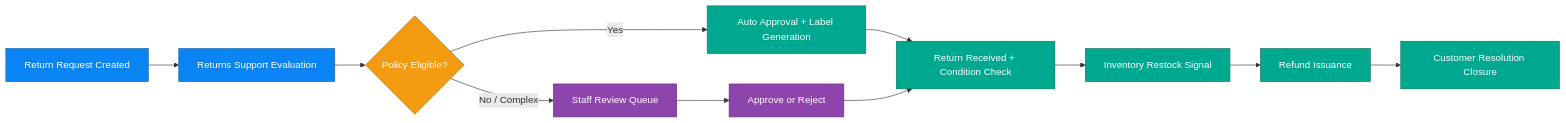
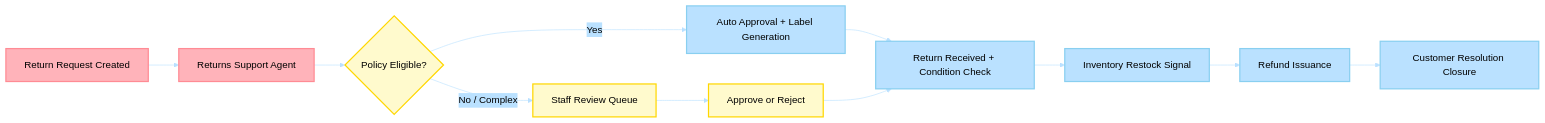
The diagram in docs/business_scenarios/03-returns-refund-processing/README.md (Azure-Samples/holiday-peak-hub), drawn with Mermaid before and after one commit. The commit also changed other lines of this file and 112 other files, not shown here.

````diff
--- a/docs/business_scenarios/03-returns-refund-processing/README.md
+++ b/docs/business_scenarios/03-returns-refund-processing/README.md
@@ -27,22 +40,29 @@
 ```mermaid
+%%{init: {'theme':'base', 'themeVariables': {
+  'primaryColor':'#FFB3BA',
+  'primaryTextColor':'#000',
+  'primaryBorderColor':'#FF8B94',
+  'lineColor':'#BAE1FF',
+  'secondaryColor':'#BAE1FF',
+  'tertiaryColor':'#FFFFFF'
+}}}%%
 flowchart LR
-   A[Return Request Created] --> B[Returns Support Evaluation]
+   A[Return Request Created] --> B[Returns Support Agent]
    B --> C{Policy Eligible?}
    C -->|Yes| D[Auto Approval + Label Generation]
    C -->|No / Complex| E[Staff Review Queue]
    E --> F[Approve or Reject]
    D --> G[Return Received + Condition Check]
    F --> G
    G --> H[Inventory Restock Signal]
    H --> I[Refund Issuance]
    I --> J[Customer Resolution Closure]
 
-   classDef a fill:#0B84F3,color:#fff,stroke:#085ea8
-   classDef b fill:#00A88F,color:#fff,stroke:#0b6e5f
-   classDef c fill:#F39C12,color:#fff,stroke:#af6f0c
-   classDef d fill:#8E44AD,color:#fff,stroke:#5b2a70
-   class A,B a
-   class D,G,H,I,J b
-   class C c
-   class E,F d
+   classDef primary fill:#FFB3BA,stroke:#FF8B94,stroke-width:2px,color:#000
+   classDef secondary fill:#BAE1FF,stroke:#89CFF0,stroke-width:2px,color:#000
+   classDef alert fill:#FFFACD,stroke:#FFD700,stroke-width:2px,color:#000
+
+   class A,B primary
+   class D,G,H,I,J secondary
+   class C,E,F alert
 ```
````
